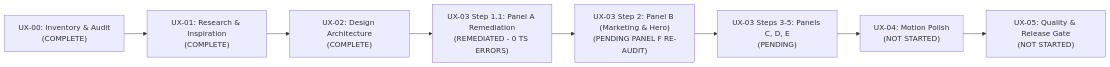
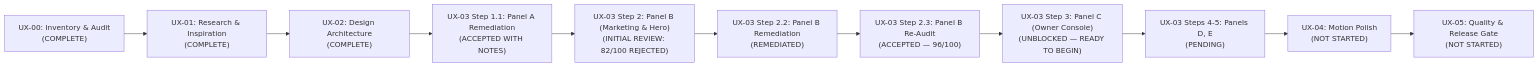
One commit to jimfleax/safepaws_sih changed the first of 2 diagrams in docs/UI_UX_TRANSFORMATION_TRACKER.md. Above: the diagram before and after it, drawn with Mermaid. The commit also changed other lines of this file and 25 other files, not shown here.

````diff
--- a/docs/UI_UX_TRANSFORMATION_TRACKER.md
+++ b/docs/UI_UX_TRANSFORMATION_TRACKER.md
@@ -37,10 +36,13 @@
 ```mermaid
 flowchart LR
     P0["UX-00: Inventory & Audit\n(COMPLETE)"] --> P1["UX-01: Research & Inspiration\n(COMPLETE)"]
     P1 --> P2["UX-02: Design Architecture\n(COMPLETE)"]
-    P2 --> P3["UX-03 Step 1.1: Panel A Remediation\n(REMEDIATED - 0 TS ERRORS)"]
-    P3 --> P4["UX-03 Step 2: Panel B (Marketing & Hero)\n(PENDING PANEL F RE-AUDIT)"]
-    P4 --> P5["UX-03 Steps 3-5: Panels C, D, E\n(PENDING)"]
-    P5 --> P6["UX-04: Motion Polish\n(NOT STARTED)"]
-    P6 --> P7["UX-05: Quality & Release Gate\n(NOT STARTED)"]
+    P2 --> P3["UX-03 Step 1.1: Panel A Remediation\n(ACCEPTED WITH NOTES)"]
+    P3 --> P4["UX-03 Step 2: Panel B (Marketing & Hero)\n(INITIAL REVIEW: 82/100 REJECTED)"]
+    P4 --> P4R["UX-03 Step 2.2: Panel B Remediation\n(REMEDIATED)"]
+    P4R --> P4A["UX-03 Step 2.3: Panel B Re-Audit\n(ACCEPTED — 96/100)"]
+    P4A --> P5["UX-03 Step 3: Panel C (Owner Console)\n(UNBLOCKED — READY TO BEGIN)"]
+    P5 --> P6["UX-03 Steps 4-5: Panels D, E\n(PENDING)"]
+    P6 --> P7["UX-04: Motion Polish\n(NOT STARTED)"]
+    P7 --> P8["UX-05: Quality & Release Gate\n(NOT STARTED)"]
 ```
````
